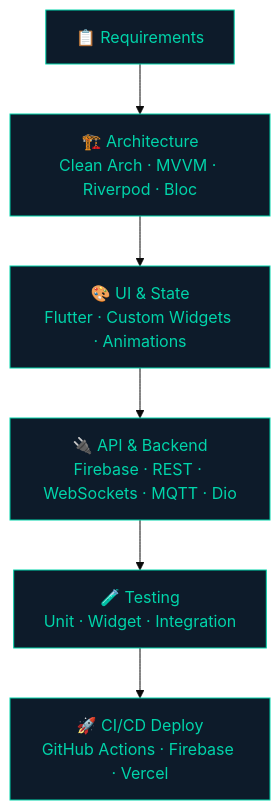
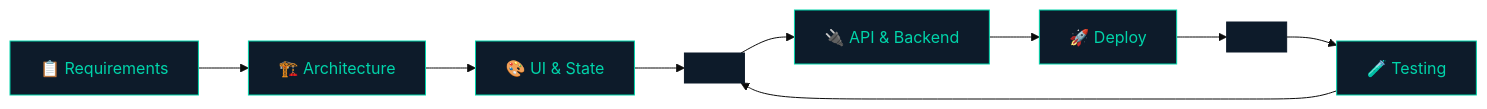
The first of 2 diagrams in README.md (Ahmad-Ali-121/Ahmad-Ali-121), drawn with Mermaid (base theme) before and after one commit.

Commit message:
Revise flowchart direction and structure in README
Updated flowchart direction and added new nodes for deploy and testing.

````diff
--- a/README.md
+++ b/README.md
@@ -77,15 +77,22 @@
 ```mermaid
-flowchart TD
-    A[📋 Requirements] --> B[🏗️ Architecture\nClean Arch · MVVM · Riverpod · Bloc]
-    B --> C[🎨 UI & State\nFlutter · Custom Widgets · Animations]
-    C --> D[🔌 API & Backend\nFirebase · REST · WebSockets · MQTT · Dio]
-    D --> E[🧪 Testing\nUnit · Widget · Integration]
-    E --> F[🚀 CI/CD Deploy\nGitHub Actions · Firebase · Vercel]
+flowchart LR
+    A[📋 Requirements] --> B[🏗️ Architecture]
+    B --> C[🎨 UI & State]
+    C --> D[ ]
+
+    E[🚀 Deploy] --> F[ ]
+    F --> G[🧪 Testing]
+    G --> D
+
+    D --> H[🔌 API & Backend]
+    H --> E
 
     style A fill:#0D1B2A,color:#00D4AA,stroke:#00D4AA
     style B fill:#0D1B2A,color:#00D4AA,stroke:#00D4AA
     style C fill:#0D1B2A,color:#00D4AA,stroke:#00D4AA
-    style D fill:#0D1B2A,color:#00D4AA,stroke:#00D4AA
     style E fill:#0D1B2A,color:#00D4AA,stroke:#00D4AA
-    style F fill:#0D1B2A,color:#00D4AA,stroke:#00D4AA
+    style G fill:#0D1B2A,color:#00D4AA,stroke:#00D4AA
+    style H fill:#0D1B2A,color:#00D4AA,stroke:#00D4AA
+    style D fill:#0D1B2A,color:#0D1B2A,stroke:#0D1B2A
+    style F fill:#0D1B2A,color:#0D1B2A,stroke:#0D1B2A
 ```
````
